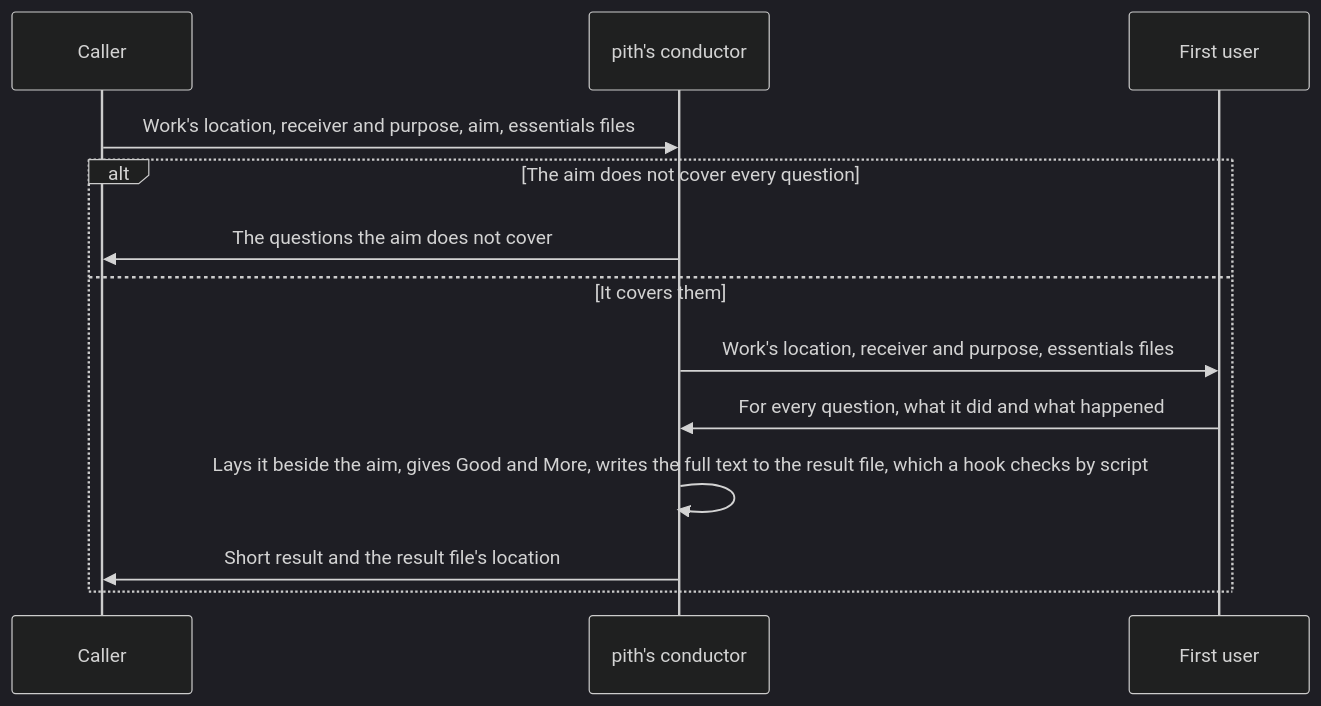
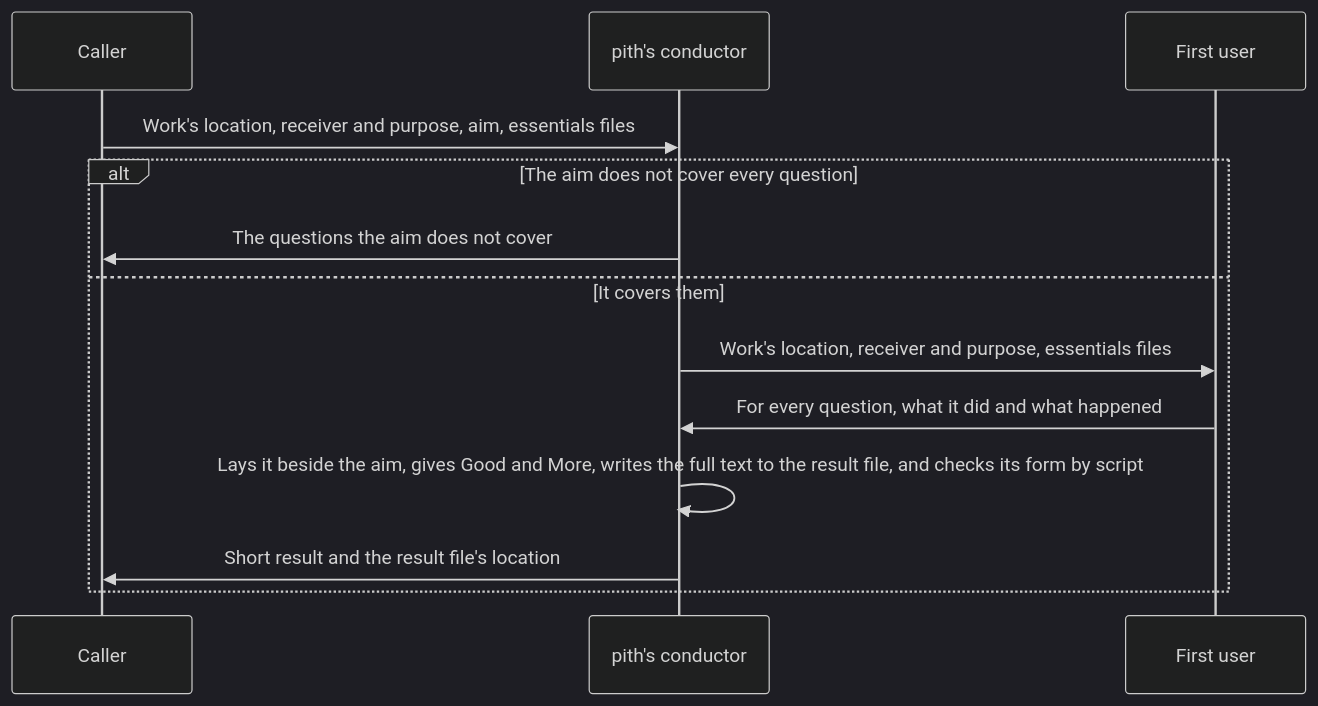
Before and after one commit to lovaizu/ccpm: the second of 4 diagrams in pith/docs/design.md, drawn with Mermaid (dark theme). The commit also changed other lines of this file and 15 other files, not shown here.

````diff
--- a/pith/docs/design.md
+++ b/pith/docs/design.md
@@ -67,15 +67,15 @@
 ```mermaid
 sequenceDiagram
   participant C as Caller
   participant PC as pith's conductor
   participant FU as First user
   C->>PC: Work's location, receiver and purpose, aim, essentials files
   alt The aim does not cover every question
     PC->>C: The questions the aim does not cover
   else It covers them
     PC->>FU: Work's location, receiver and purpose, essentials files
     FU->>PC: For every question, what it did and what happened
-    PC->>PC: Lays it beside the aim, gives Good and More, writes the full text to the result file, which a hook checks by script
+    PC->>PC: Lays it beside the aim, gives Good and More, writes the full text to the result file, and checks its form by script
     PC->>C: Short result and the result file's location
   end
 ```
````
